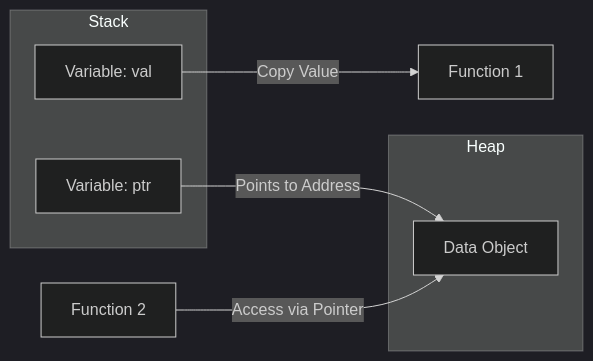
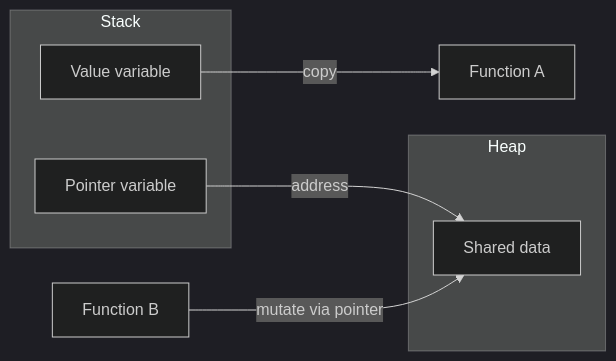
Before and after one commit to syahputrawork98-sketch/Golang-Knowledge-Base: the diagram in RAK-04-core-mechanics/SR-01-design-philosophy/BK-02-memory-semantics/CH-01_ValueVsPointer/README.md, drawn with Mermaid (dark theme). The commit also changed other lines of this file and 55 other files, not shown here.

````diff
--- a/RAK-04-core-mechanics/SR-01-design-philosophy/BK-02-memory-semantics/CH-01_ValueVsPointer/README.md
+++ b/RAK-04-core-mechanics/SR-01-design-philosophy/BK-02-memory-semantics/CH-01_ValueVsPointer/README.md
@@ -31,14 +39,13 @@
 ```mermaid
 graph LR
-
     subgraph Stack
-        v[Variable: val]
-        p[Variable: ptr]
+        v[Value variable]
+        p[Pointer variable]
     end
     subgraph Heap
-        data[Data Object]
+        data[Shared data]
     end
-    v -->|Copy Value| f1[Function 1]
-    p -->|Points to Address| data
-    f2[Function 2] -->|Access via Pointer| data
+    v -->|copy| f1[Function A]
+    p -->|address| data
+    f2[Function B] -->|mutate via pointer| data
 ```
````
